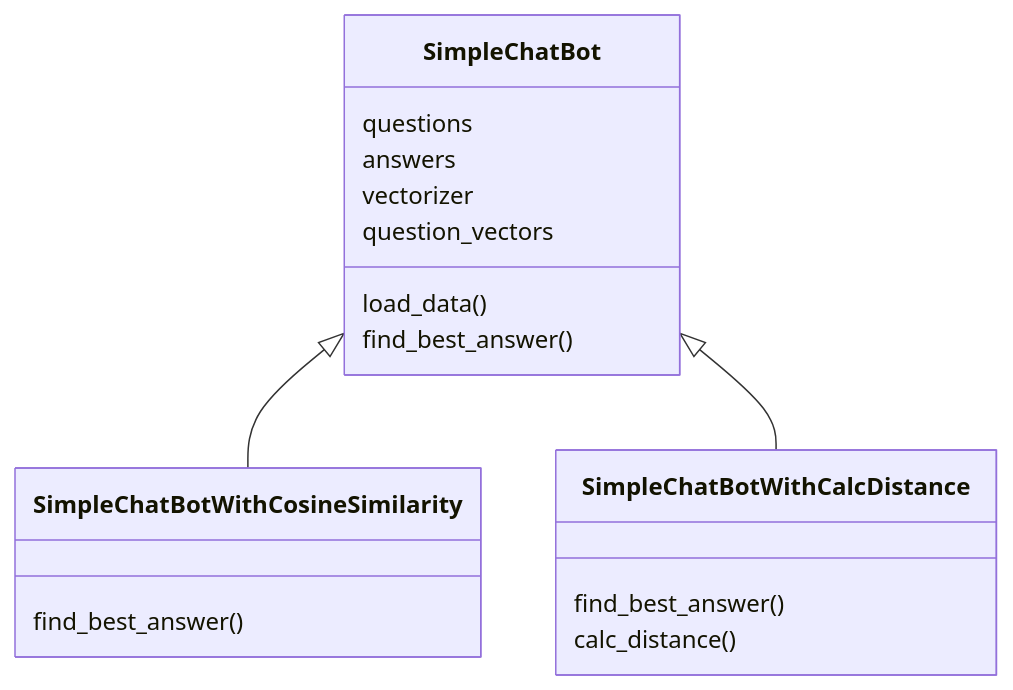
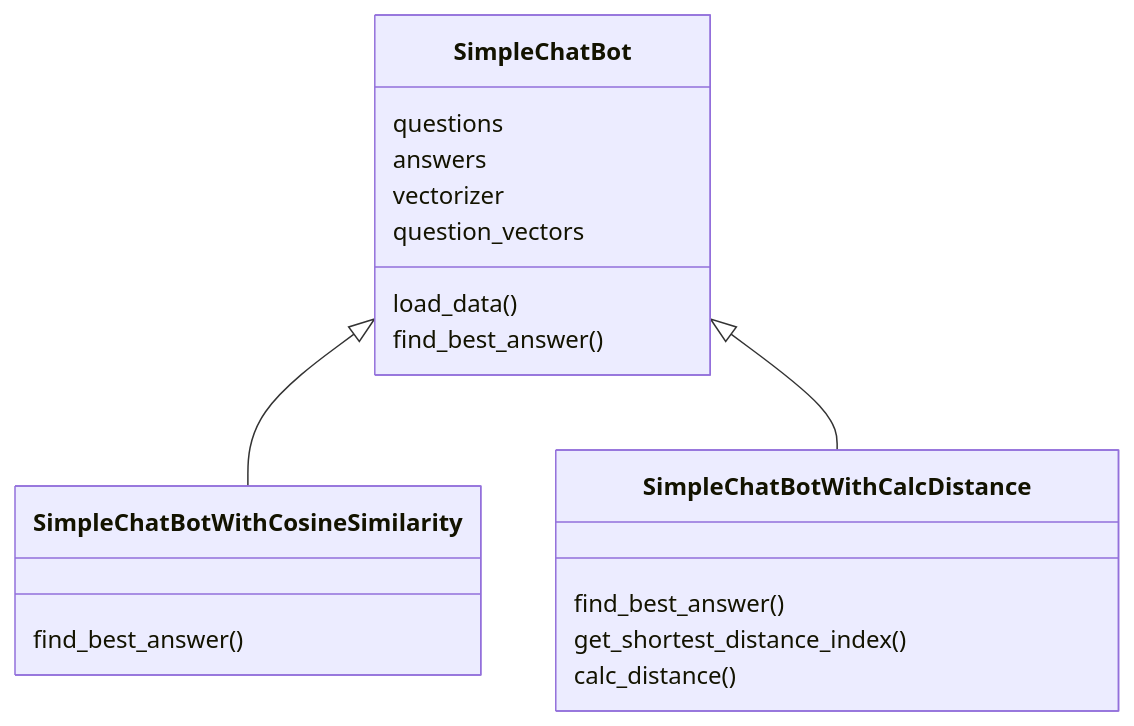
The second of 2 diagrams in README.md (Shabet/ai_practice_report_2nd), drawn with Mermaid before and after one commit.

Commit message:
get_shortest_distance_index() 설명 추가

````diff
--- a/README.md
+++ b/README.md
@@ -27,18 +27,19 @@
 ```mermaid
 		classDiagram
 	    SimpleChatBot <|-- SimpleChatBotWithCosineSimilarity 
 	    SimpleChatBot <|-- SimpleChatBotWithCalcDistance 
 	    SimpleChatBot : questions
 	    SimpleChatBot : answers
 	    SimpleChatBot: vectorizer
 	    SimpleChatBot: question_vectors
 	    SimpleChatBot: load_data()
 	    SimpleChatBot: find_best_answer()
 	    class SimpleChatBotWithCosineSimilarity {
 	      find_best_answer()
 	    }
 	    class SimpleChatBotWithCalcDistance {
 	      find_best_answer()
+		  get_shortest_distance_index()
 	      calc_distance()
 	    }
 ```
````
